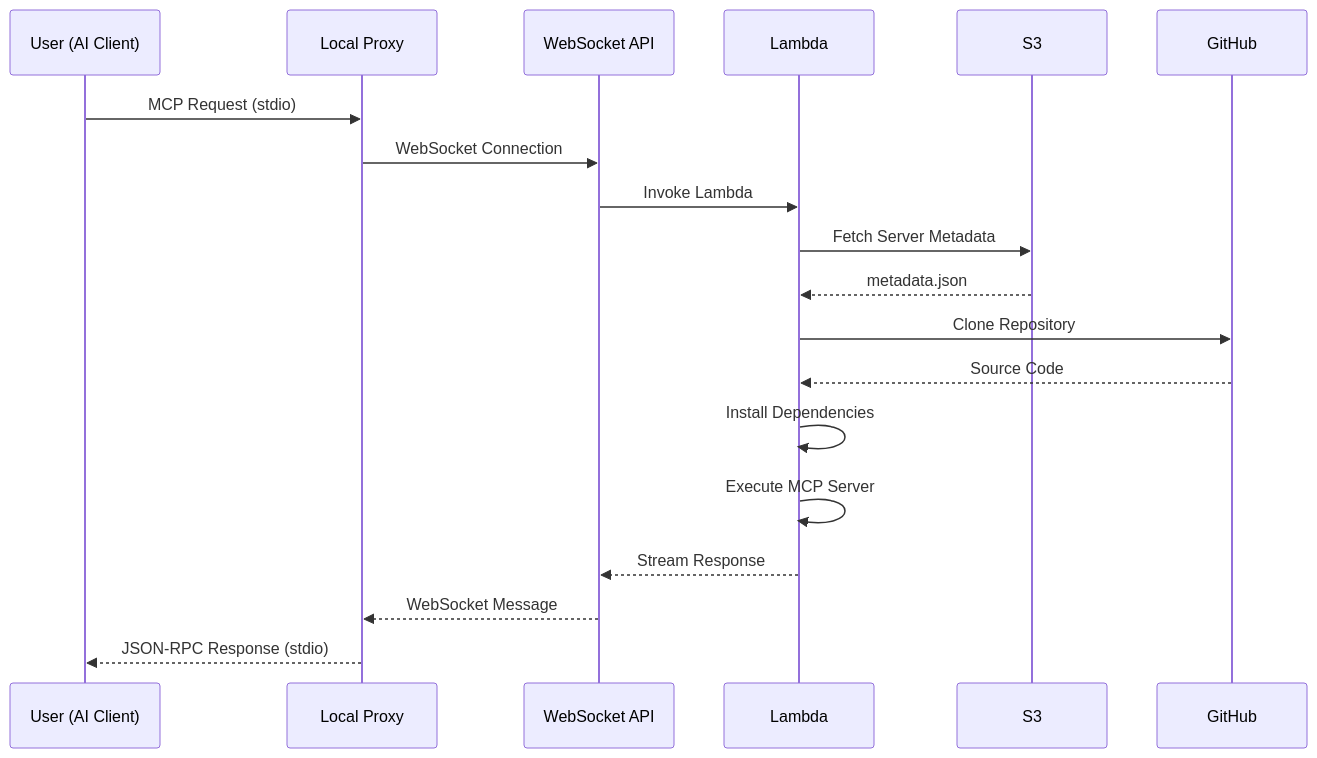
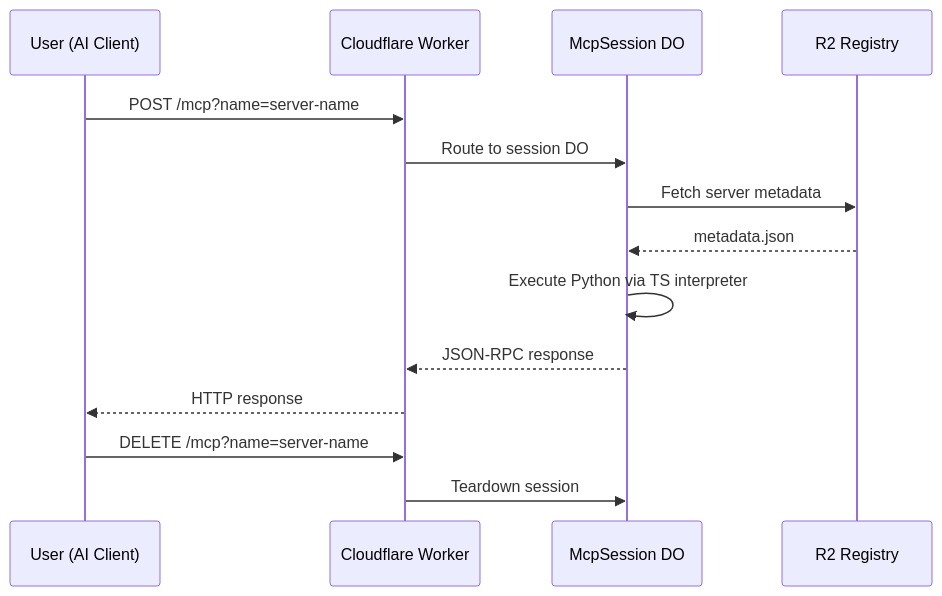
The fifth of 6 diagrams in docs/architecture.mdx (areebahmeddd/SuperBox-FE), drawn with Mermaid before and after one commit. The commit also changed other lines of this file and 43 other files, not shown here.

````diff
--- a/docs/architecture.mdx
+++ b/docs/architecture.mdx
@@ -286,22 +284,17 @@
 ```mermaid
 sequenceDiagram
-    participant U as User (AI Client)
-    participant P as Local Proxy
-    participant W as WebSocket API
-    participant L as Lambda
-    participant S as S3
-    participant G as GitHub
+ participant U as User (AI Client)
+ participant W as Cloudflare Worker
+ participant DO as McpSession DO
+ participant R as R2 Registry
 
-    U->>P: MCP Request (stdio)
-    P->>W: WebSocket Connection
-    W->>L: Invoke Lambda
-    L->>S: Fetch Server Metadata
-    S-->>L: metadata.json
-    L->>G: Clone Repository
-    G-->>L: Source Code
-    L->>L: Install Dependencies
-    L->>L: Execute MCP Server
-    L-->>W: Stream Response
-    W-->>P: WebSocket Message
-    P-->>U: JSON-RPC Response (stdio)
+ U->>W: POST /mcp?name=server-name
+ W->>DO: Route to session DO
+ DO->>R: Fetch server metadata
+ R-->>DO: metadata.json
+ DO->>DO: Execute Python via TS interpreter
+ DO-->>W: JSON-RPC response
+ W-->>U: HTTP response
+ U->>W: DELETE /mcp?name=server-name
+ W->>DO: Teardown session
 ```
````
